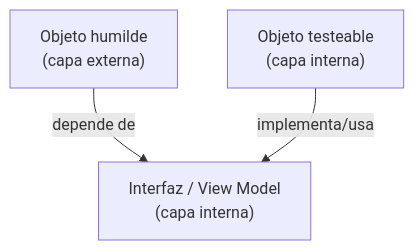
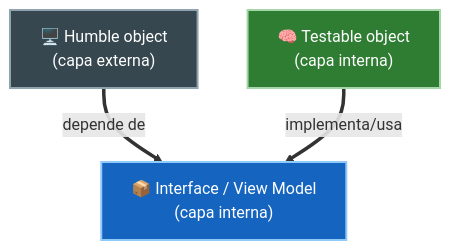
Before and after one commit to JavierMachucaA/clean-architecture-guia: the third of 3 diagrams in 09-presenters-humble-objects/01-humble-object-pattern.md, drawn with Mermaid. The commit also changed other lines of this file and 45 other files, not shown here.

````diff
--- a/09-presenters-humble-objects/01-humble-object-pattern.md
+++ b/09-presenters-humble-objects/01-humble-object-pattern.md
@@ -102,5 +104,9 @@
 ```mermaid
 flowchart TD
-    H["Objeto humilde<br/>(capa externa)"] -->|depende de| I["Interfaz / View Model<br/>(capa interna)"]
-    T["Objeto testeable<br/>(capa interna)"] -->|implementa/usa| I
+    H["🖥️ Humble object<br/>(capa externa)"] ==>|depende de| I["📦 Interface / View Model<br/>(capa interna)"]
+    T["🧠 Testable object<br/>(capa interna)"] ==>|implementa/usa| I
+
+    style H fill:#37474f,stroke:#90a4ae,color:#fff,stroke-width:2px
+    style I fill:#1565c0,stroke:#90caf9,color:#fff,stroke-width:2px
+    style T fill:#2e7d32,stroke:#a5d6a7,color:#fff,stroke-width:2px
 ```
````
